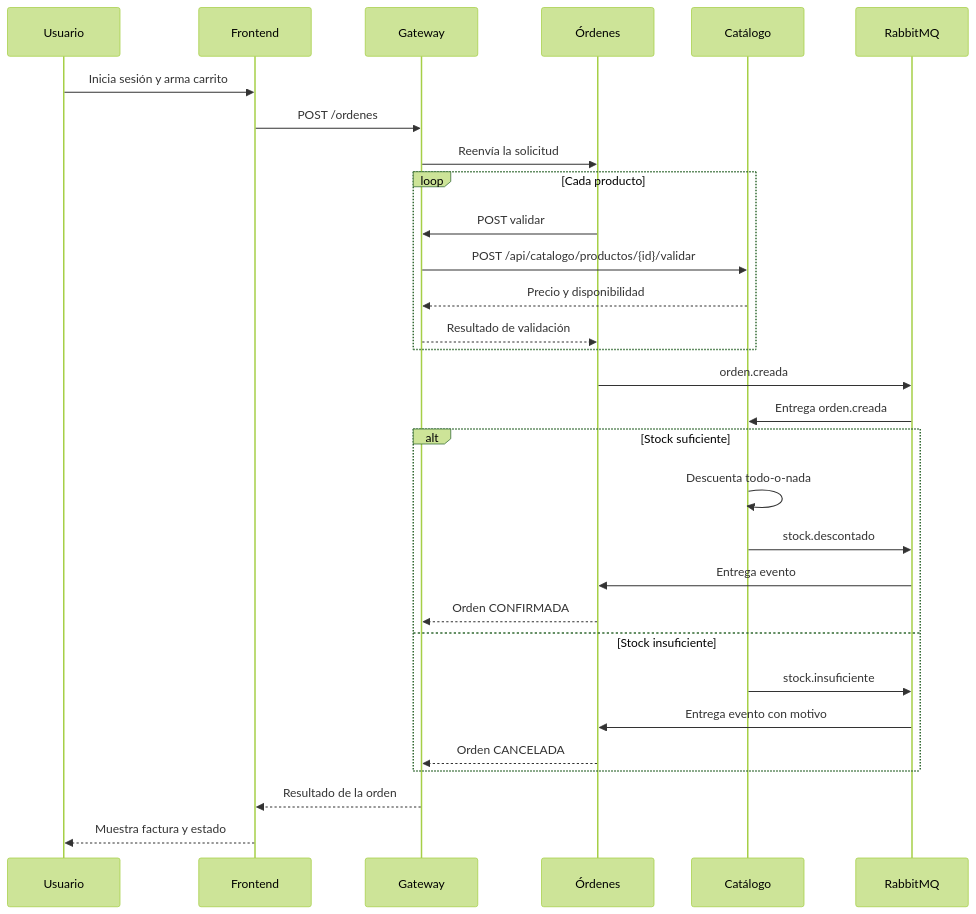
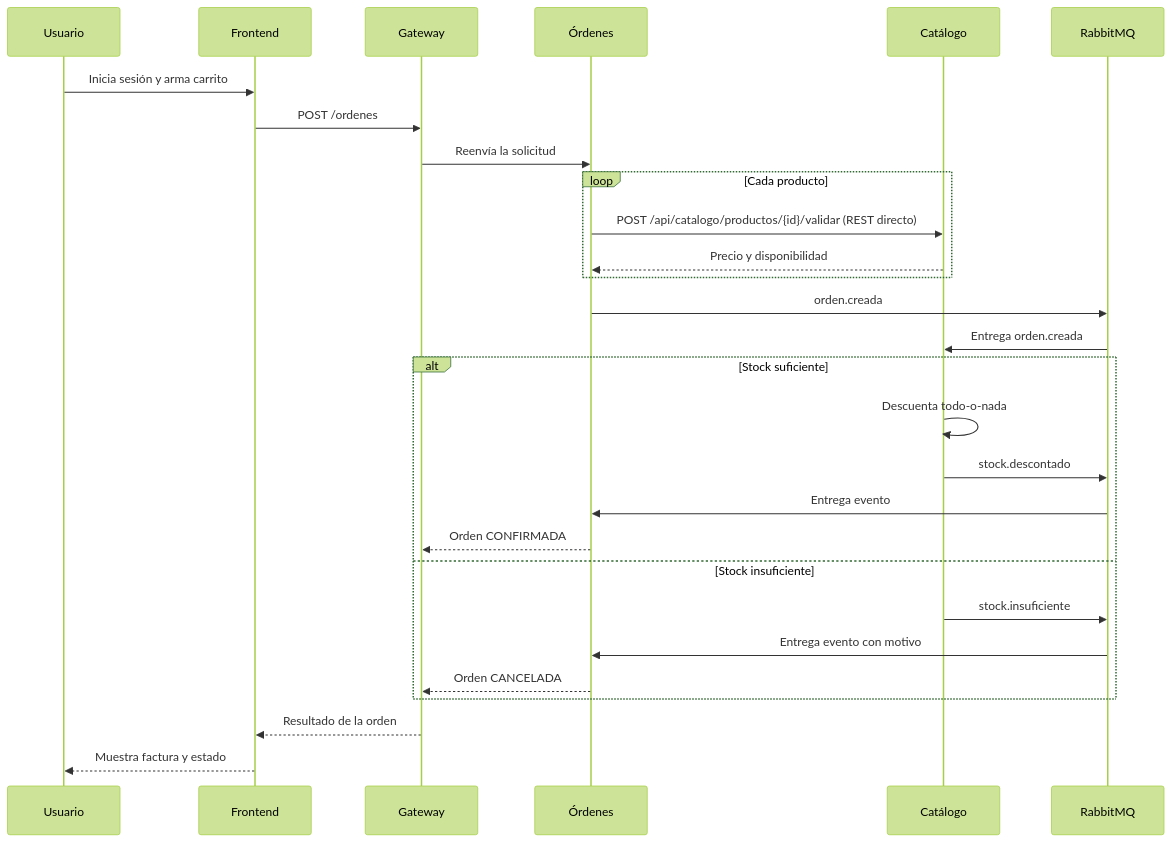
One commit to vivinaCordova/Comercio-Electr-nico-Distribuido changed the diagram in ecommerce-distribuido/docs/diagramas/flujo-compra.mmd. Above: the diagram before and after it, drawn with Mermaid (forest theme).

Commit message:
docs(diagramas): Órdenes valida contra Catálogo por REST directo, sin Gateway

```diff
--- a/ecommerce-distribuido/docs/diagramas/flujo-compra.mmd
+++ b/ecommerce-distribuido/docs/diagramas/flujo-compra.mmd
@@ -1,31 +1,29 @@
 sequenceDiagram
     participant U as Usuario
     participant F as Frontend
     participant G as Gateway
     participant O as Órdenes
     participant C as Catálogo
     participant R as RabbitMQ
 
     U->>F: Inicia sesión y arma carrito
     F->>G: POST /ordenes
     G->>O: Reenvía la solicitud
     loop Cada producto
-        O->>G: POST validar
-        G->>C: POST /api/catalogo/productos/{id}/validar
-        C-->>G: Precio y disponibilidad
-        G-->>O: Resultado de validación
+        O->>C: POST /api/catalogo/productos/{id}/validar (REST directo)
+        C-->>O: Precio y disponibilidad
     end
     O->>R: orden.creada
     R->>C: Entrega orden.creada
     alt Stock suficiente
         C->>C: Descuenta todo-o-nada
         C->>R: stock.descontado
         R->>O: Entrega evento
         O-->>G: Orden CONFIRMADA
     else Stock insuficiente
         C->>R: stock.insuficiente
         R->>O: Entrega evento con motivo
         O-->>G: Orden CANCELADA
     end
     G-->>F: Resultado de la orden
     F-->>U: Muestra factura y estado
```
